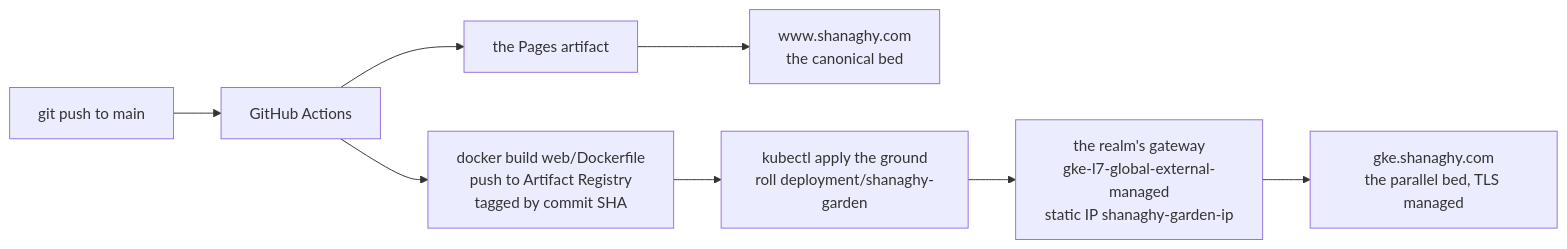
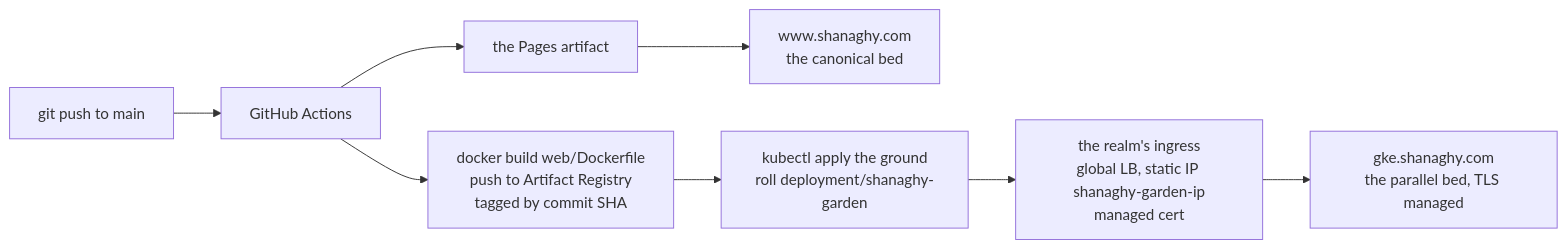
Before and after one commit to declanshanaghy/shanaghy.com: the diagram in HOSTING.md, drawn with Mermaid. The commit also changed other lines of this file and 6 other files, not shown here.

Commit message:
wip: ingress ground with managed cert replaces the gateway — issue:8

````diff
--- a/HOSTING.md
+++ b/HOSTING.md
@@ -126,10 +127,10 @@
 ```mermaid
 flowchart LR
     push["git push to main"] --> actions["GitHub Actions"]
     actions --> pagesa["the Pages artifact"]
     actions --> image["docker build web/Dockerfile<br/>push to Artifact Registry<br/>tagged by commit SHA"]
     pagesa --> www["www.shanaghy.com<br/>the canonical bed"]
     image --> roll["kubectl apply the ground<br/>roll deployment/shanaghy-garden"]
-    roll --> gw["the realm's gateway<br/>gke-l7-global-external-managed<br/>static IP shanaghy-garden-ip"]
+    roll --> gw["the realm's ingress<br/>global LB, static IP shanaghy-garden-ip<br/>managed cert"]
     gw --> gke["gke.shanaghy.com<br/>the parallel bed, TLS managed"]
 ```
````
